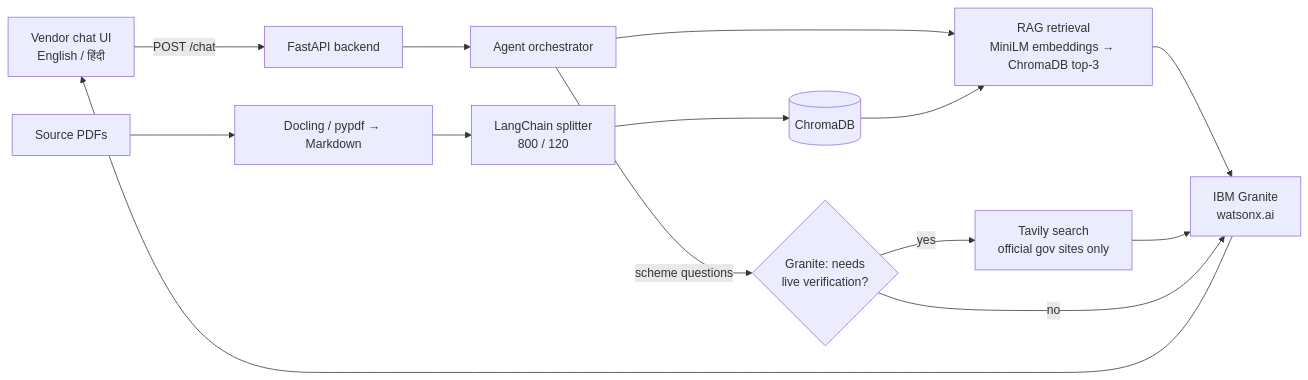
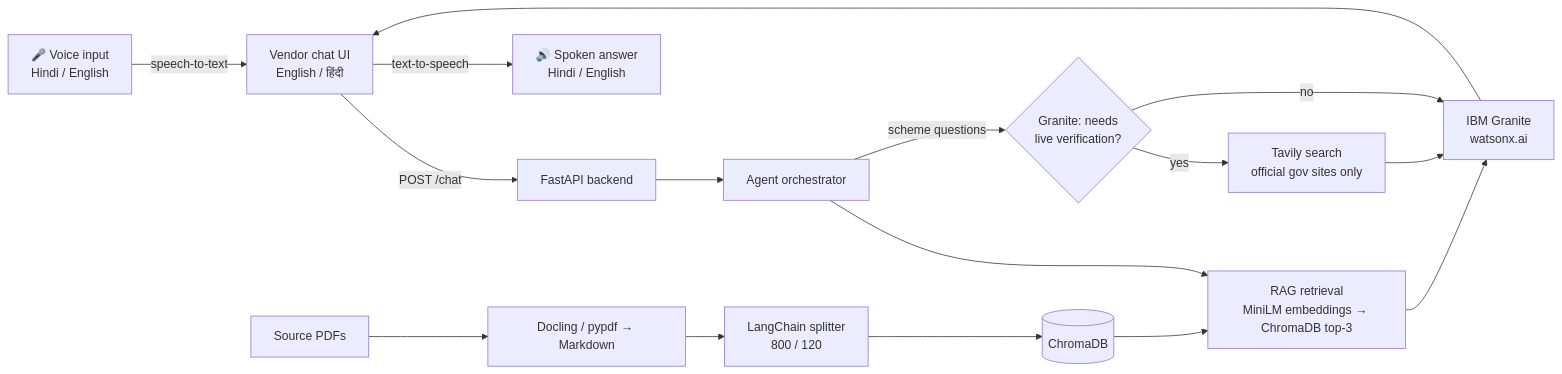
The diagram in README.md (adityapattnaik393-glitch/VendorMitra-AI), drawn with Mermaid before and after one commit. The commit also changed other lines of this file, not shown here.

First line of the commit message:
Enhance voice input and language support details

````diff
--- a/README.md
+++ b/README.md
@@ -62,15 +65,17 @@
 ```mermaid
 flowchart LR
+    M[🎤 Voice input<br/>Hindi / English] -->|speech-to-text| U
     U[Vendor chat UI<br/>English / हिंदी] -->|POST /chat| API[FastAPI backend]
     API --> A[Agent orchestrator]
     A --> R[RAG retrieval<br/>MiniLM embeddings → ChromaDB top-3]
     A -->|scheme questions| D{Granite: needs<br/>live verification?}
     D -->|yes| W[Tavily search<br/>official gov sites only]
     R --> G[IBM Granite<br/>watsonx.ai]
     W --> G
     D -->|no| G
     G --> U
+    U -->|text-to-speech| V[🔊 Spoken answer<br/>Hindi / English]
     P[Source PDFs] --> I[Docling / pypdf → Markdown]
     I --> S[LangChain splitter<br/>800 / 120] --> C[(ChromaDB)]
     C --> R
 ```
````
